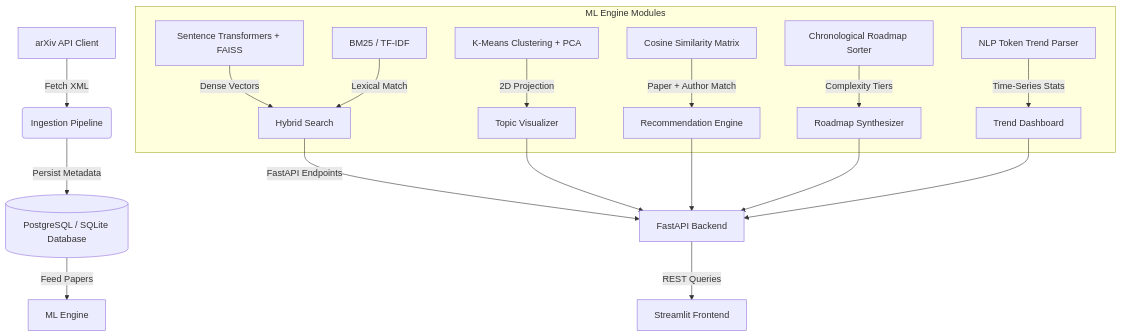
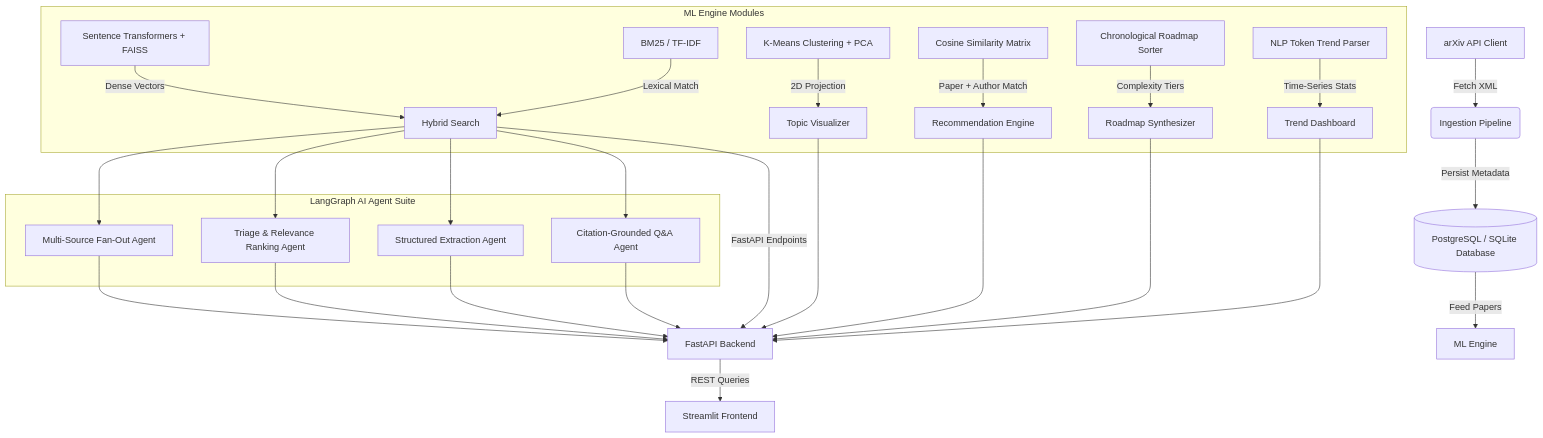
Before and after one commit to abhishekk-prajapati/research-intelligence: the diagram in README.md, drawn with Mermaid. The commit also changed other lines of this file and 11 other files, not shown here.

Commit message:
feat: Add LangChain AI Agent Automation Suite (Fan-Out, Triage, Extraction, QA) via LangGraph

````diff
--- a/README.md
+++ b/README.md
@@ -20,23 +20,35 @@
 ```mermaid
 graph TD
     A[arXiv API Client] -->|Fetch XML| B(Ingestion Pipeline)
     B -->|Persist Metadata| C[(PostgreSQL / SQLite Database)]
     C -->|Feed Papers| D[ML Engine]
     
     subgraph "ML Engine Modules"
         D1[Sentence Transformers + FAISS] -->|Dense Vectors| E[Hybrid Search]
         D2[BM25 / TF-IDF] -->|Lexical Match| E
         D3[K-Means Clustering + PCA] -->|2D Projection| F[Topic Visualizer]
         D4[Cosine Similarity Matrix] -->|Paper + Author Match| G[Recommendation Engine]
         D5[Chronological Roadmap Sorter] -->|Complexity Tiers| H[Roadmap Synthesizer]
         D6[NLP Token Trend Parser] -->|Time-Series Stats| I[Trend Dashboard]
     end
     
+    subgraph "LangGraph AI Agent Suite"
+        L1[Multi-Source Fan-Out Agent]
+        L2[Triage & Relevance Ranking Agent]
+        L3[Structured Extraction Agent]
+        L4[Citation-Grounded Q&A Agent]
+        E --> L1 & L2 & L3 & L4
+    end
+    
     E -->|FastAPI Endpoints| J[FastAPI Backend]
     F --> J
     G --> J
     H --> J
     I --> J
+    L1 --> J
+    L2 --> J
+    L3 --> J
+    L4 --> J
     
     J -->|REST Queries| K[Streamlit Frontend]
 ```
````
